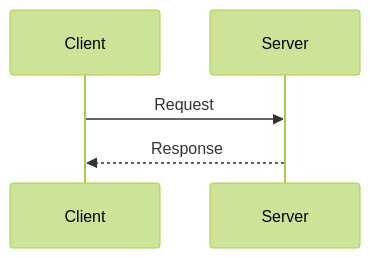
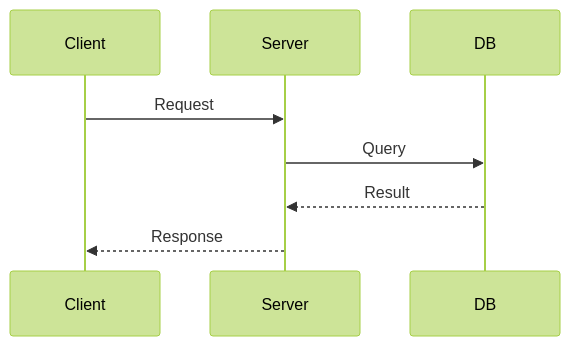
One commit to acking-you/myclaude-skills changed the second of 3 diagrams in skills/tech-design-doc/SKILL.md. Above: the diagram before and after it, drawn with Mermaid (forest theme). The commit also changed other lines of this file and 2 other files, not shown here.

````diff
--- a/skills/tech-design-doc/SKILL.md
+++ b/skills/tech-design-doc/SKILL.md
@@ -145,5 +131,7 @@
 ```mermaid
 sequenceDiagram
     Client->>Server: Request
+    Server->>DB: Query
+    DB-->>Server: Result
     Server-->>Client: Response
 ```
````
